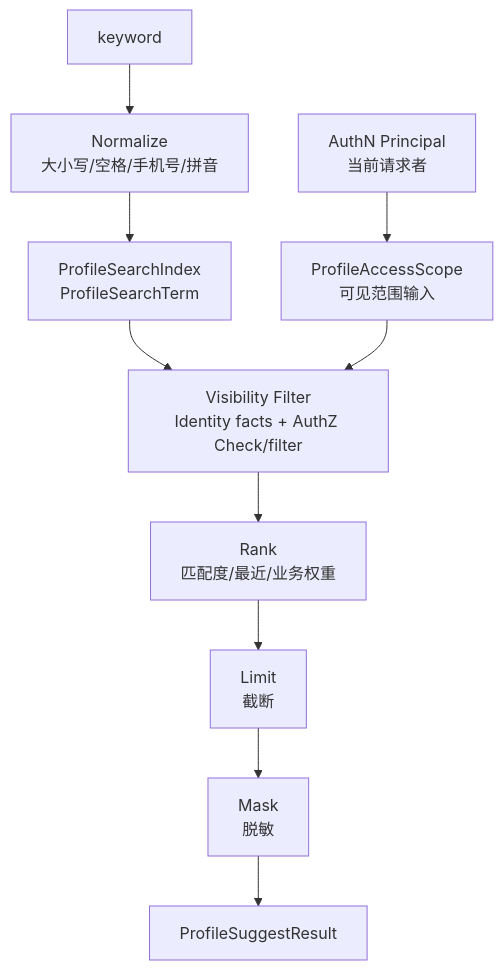
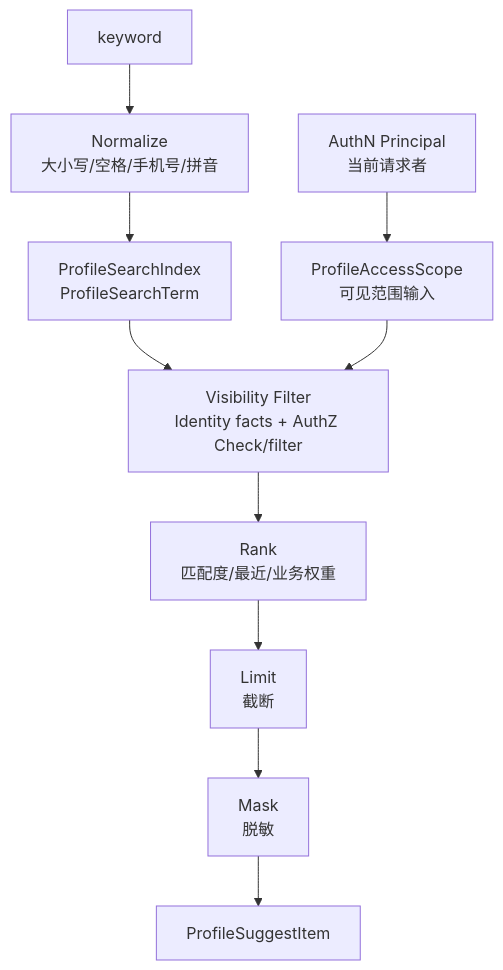
One commit to FangcunMount/iam changed the diagram in docs/02-业务模块/05-Suggest/00-模块总览.md. Above: the diagram before and after it, drawn with Mermaid. The commit also changed other lines of this file and 45 other files, not shown here.

````diff
--- a/docs/02-业务模块/05-Suggest/00-模块总览.md
+++ b/docs/02-业务模块/05-Suggest/00-模块总览.md
@@ -95,23 +95,23 @@
 ```mermaid
 flowchart TD
     Principal["AuthN Principal\n当前请求者"]
     Scope["ProfileAccessScope\n可见范围输入"]
     Keyword["keyword"]
     Normalize["Normalize\n大小写/空格/手机号/拼音"]
     Index["ProfileSearchIndex\nProfileSearchTerm"]
     Filter["Visibility Filter\nIdentity facts + AuthZ Check/filter"]
     Rank["Rank\n匹配度/最近/业务权重"]
     Limit["Limit\n截断"]
     Mask["Mask\n脱敏"]
-    Result["ProfileSuggestResult"]
+    Result["ProfileSuggestItem"]
 
     Principal --> Scope
     Keyword --> Normalize
     Normalize --> Index
     Index --> Filter
     Scope --> Filter
     Filter --> Rank
     Rank --> Limit
     Limit --> Mask
     Mask --> Result
 ```
````
